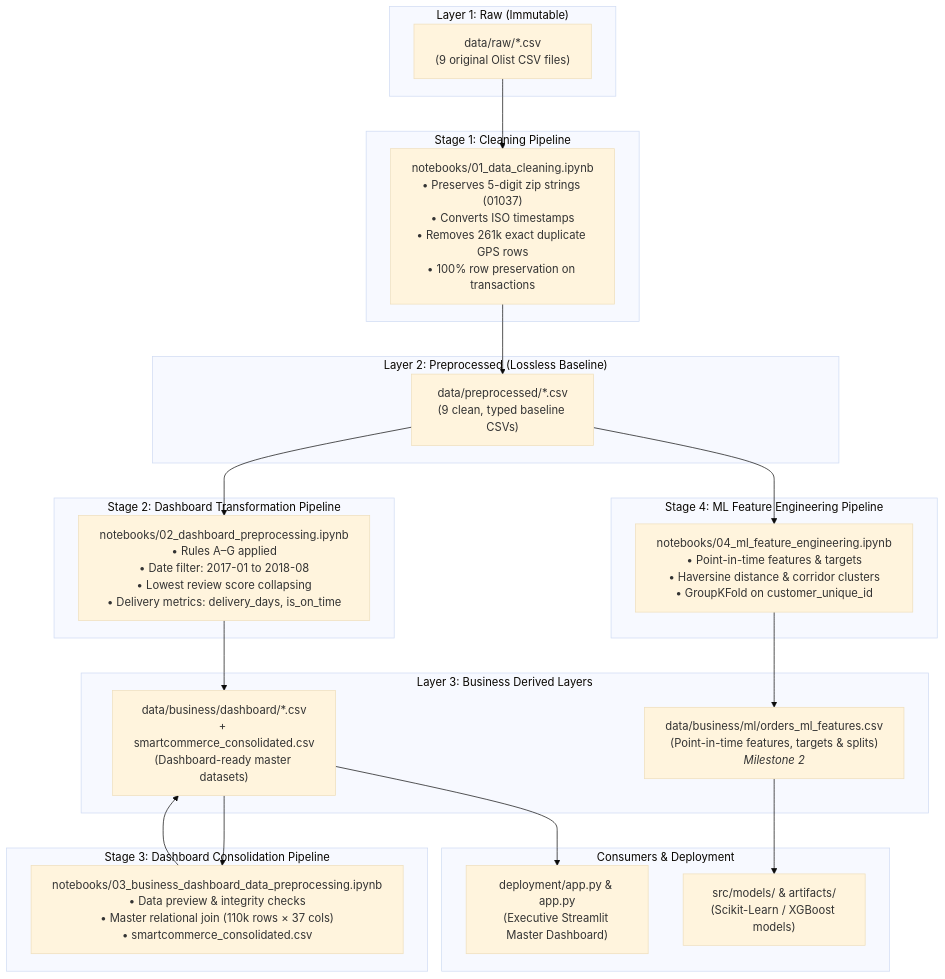
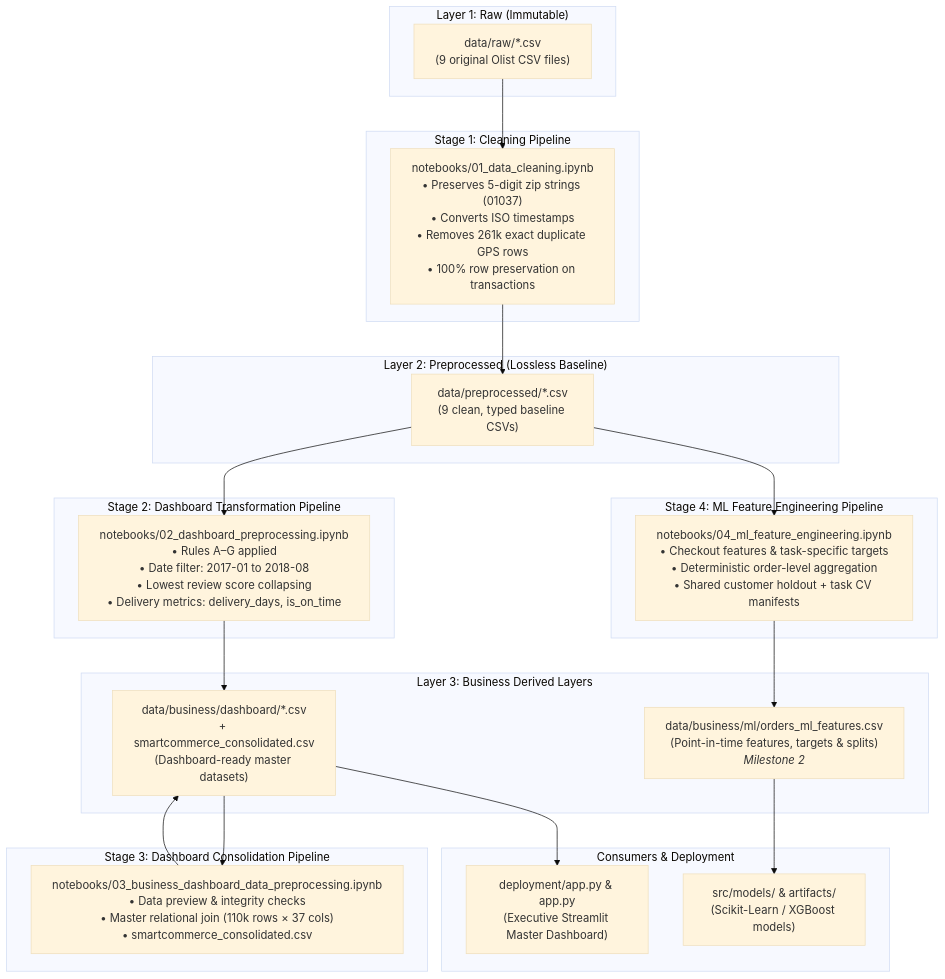
One commit to wuqianzong/Team11_IT5006_Ecommerce_Analytics_AY2627Sem1 changed the diagram in docs/data_architecture.md. Above: the diagram before and after it, drawn with Mermaid (base theme). The commit also changed other lines of this file and 3 other files, not shown here.

````diff
--- a/docs/data_architecture.md
+++ b/docs/data_architecture.md
@@ -23,42 +23,42 @@
 ```mermaid
 flowchart TD
     subgraph Layer1 ["Layer 1: Raw (Immutable)"]
         Raw["data/raw/*.csv<br>(9 original Olist CSV files)"]
     end
 
     subgraph Notebook1 ["Stage 1: Cleaning Pipeline"]
         NB1["notebooks/01_data_cleaning.ipynb<br>• Preserves 5-digit zip strings (01037)<br>• Converts ISO timestamps<br>• Removes 261k exact duplicate GPS rows<br>• 100% row preservation on transactions"]
     end
 
     subgraph Layer2 ["Layer 2: Preprocessed (Lossless Baseline)"]
         Preprocessed["data/preprocessed/*.csv<br>(9 clean, typed baseline CSVs)"]
     end
 
     subgraph Notebook2 ["Stage 2: Dashboard Transformation Pipeline"]
         NB2["notebooks/02_dashboard_preprocessing.ipynb<br>• Rules A–G applied<br>• Date filter: 2017-01 to 2018-08<br>• Lowest review score collapsing<br>• Delivery metrics: delivery_days, is_on_time"]
     end
 
     subgraph Notebook3 ["Stage 3: Dashboard Consolidation Pipeline"]
         NB3["notebooks/03_business_dashboard_data_preprocessing.ipynb<br>• Data preview & integrity checks<br>• Master relational join (110k rows × 37 cols)<br>• smartcommerce_consolidated.csv"]
     end
 
     subgraph Notebook4 ["Stage 4: ML Feature Engineering Pipeline"]
-        NB4["notebooks/04_ml_feature_engineering.ipynb<br>• Point-in-time features & targets<br>• Haversine distance & corridor clusters<br>• GroupKFold on customer_unique_id"]
+        NB4["notebooks/04_ml_feature_engineering.ipynb<br>• Checkout features & task-specific targets<br>• Deterministic order-level aggregation<br>• Shared customer holdout + task CV manifests"]
     end
 
     subgraph Layer3 ["Layer 3: Business Derived Layers"]
         BizDash["data/business/dashboard/*.csv<br>+ smartcommerce_consolidated.csv<br>(Dashboard-ready master datasets)"]
         BizML["data/business/ml/orders_ml_features.csv<br>(Point-in-time features, targets & splits)<br><i>Milestone 2</i>"]
     end
 
     subgraph Consumers ["Consumers & Deployment"]
         Streamlit["deployment/app.py & app.py<br>(Executive Streamlit Master Dashboard)"]
         MLModels["src/models/ & artifacts/<br>(Scikit-Learn / XGBoost models)"]
     end
 
     Raw --> NB1 --> Preprocessed
     Preprocessed --> NB2 --> BizDash
     BizDash --> NB3 --> BizDash
     BizDash --> Streamlit
     Preprocessed --> NB4 --> BizML --> MLModels
 ```
````
